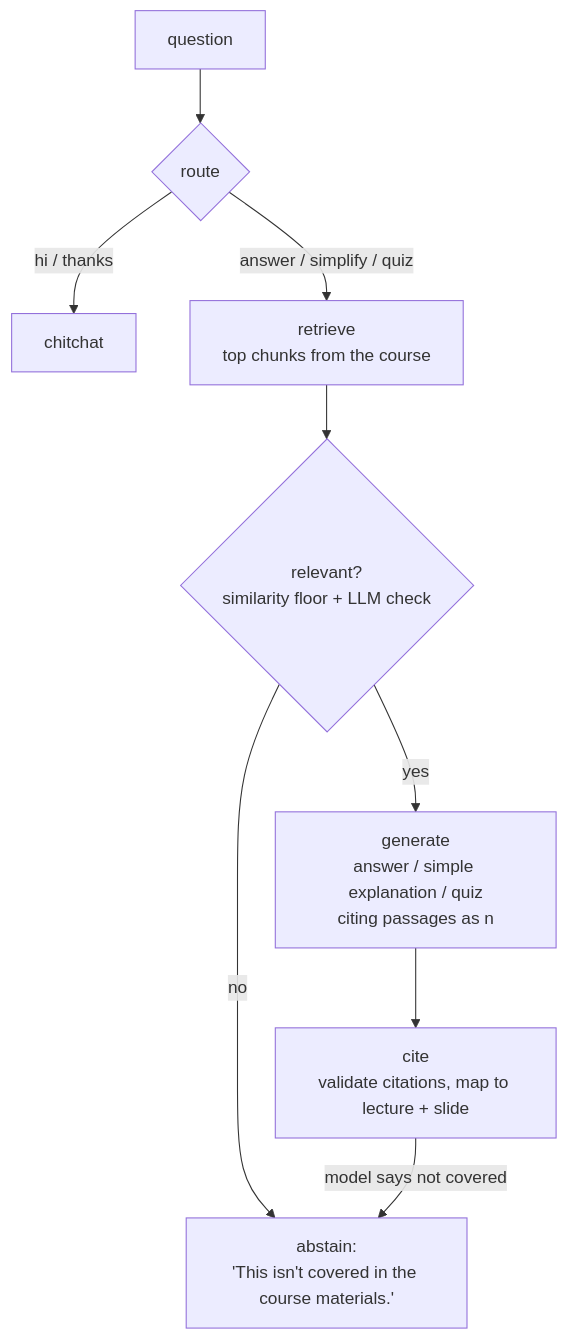
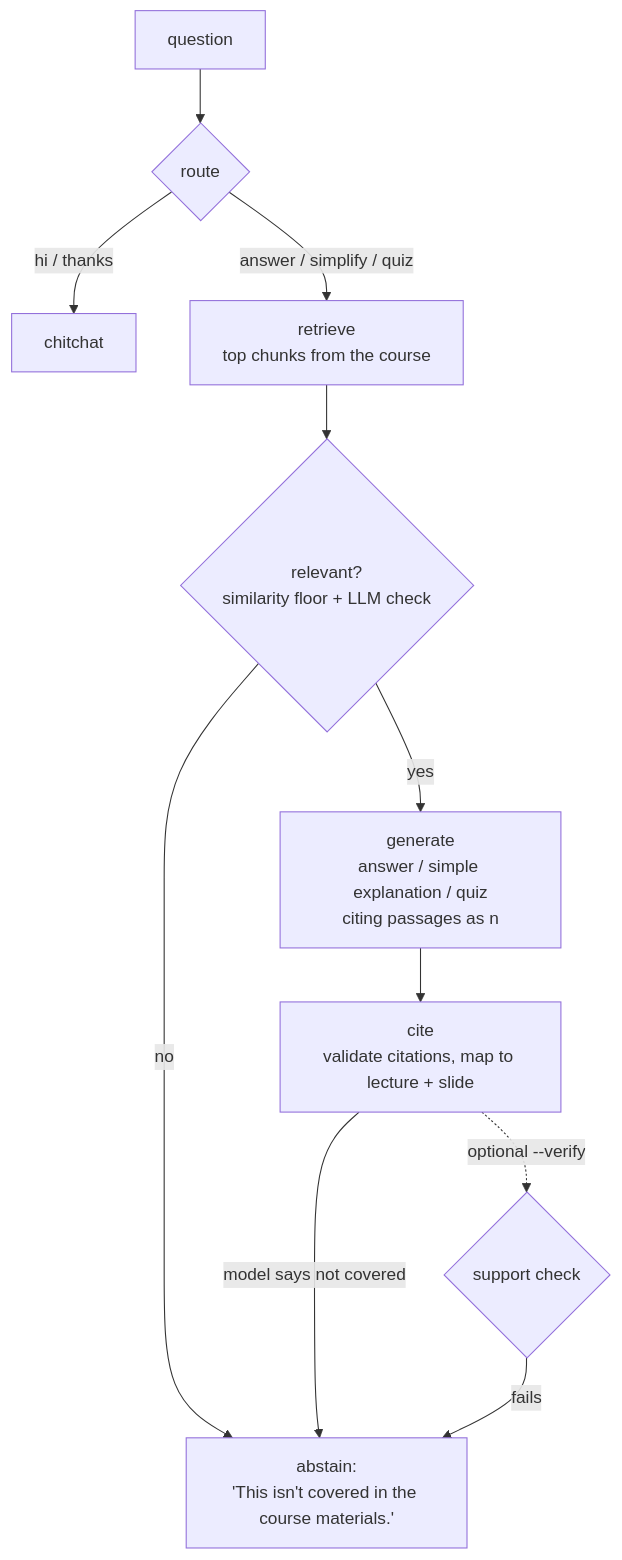
Before and after one commit to SowrisKumar/course-study-assistant: the diagram in README.md, drawn with Mermaid. The commit also changed other lines of this file and 14 other files, not shown here.

First line of the commit message:
Audit fixes (4/4): hand check, statistics, support-check results; rewrite report

````diff
--- a/README.md
+++ b/README.md
@@ -41,11 +41,13 @@
 ```mermaid
 flowchart TD
     Q[question] --> R{route}
     R -->|hi / thanks| C[chitchat]
     R -->|answer / simplify / quiz| RET[retrieve<br/>top chunks from the course]
     RET --> CHK{relevant?<br/>similarity floor + LLM check}
     CHK -->|no| ABS["abstain:<br/>'This isn't covered in the course materials.'"]
     CHK -->|yes| GEN[generate<br/>answer / simple explanation / quiz<br/>citing passages as n]
     GEN --> CITE[cite<br/>validate citations, map to lecture + slide]
     CITE -->|model says not covered| ABS
+    CITE -.->|optional --verify| VER{support check}
+    VER -->|fails| ABS
 ```
````
